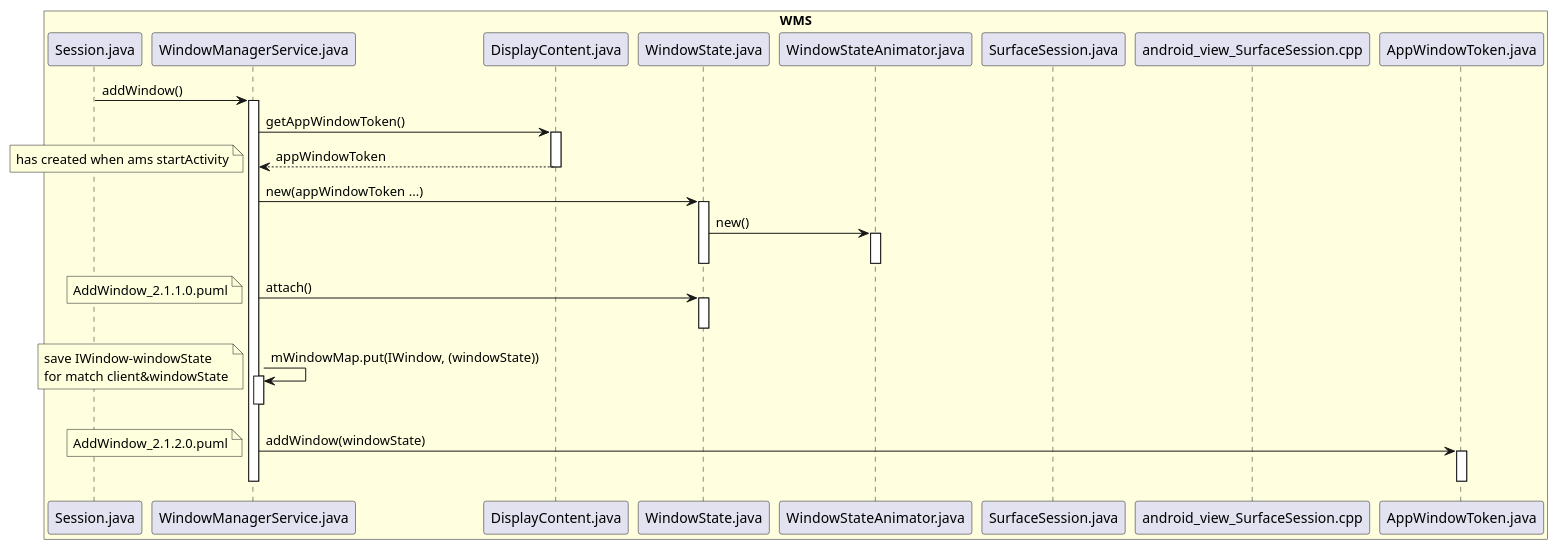
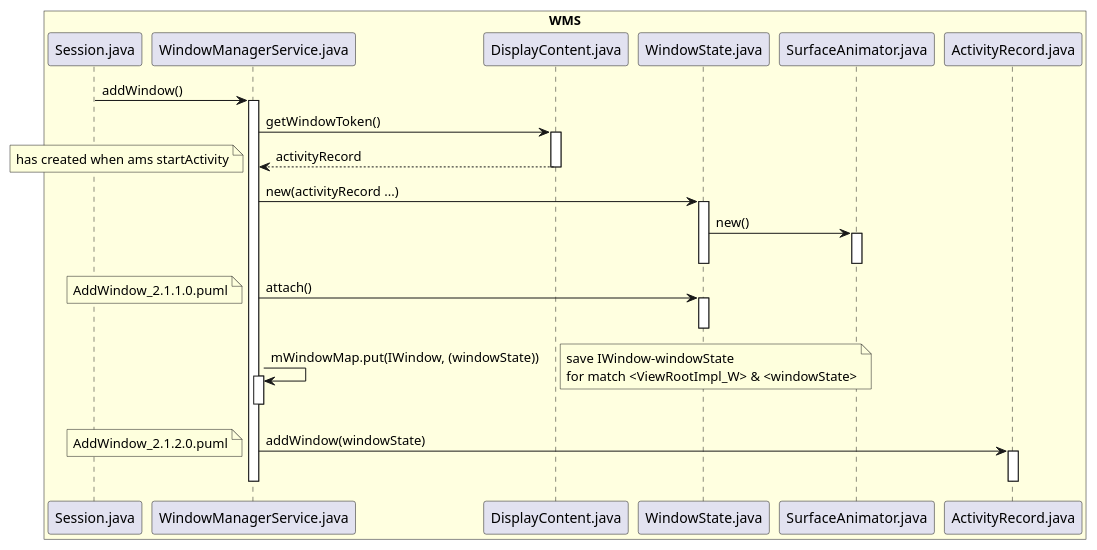
One commit to javalive09/UML changed the diagram in android11/addwindow/AddWindow_2.1.0.0_activitydialog.puml. Above: the diagram before and after it, drawn with PlantUML. The commit also changed 83 other files, not shown here.

Commit message:
update uml

```diff
--- a/android11/addwindow/AddWindow_2.1.0.0_activitydialog.puml
+++ b/android11/addwindow/AddWindow_2.1.0.0_activitydialog.puml
@@ -1,53 +1,51 @@
 @startuml
 
 box "WMS" #LightYellow
 participant Session.java
 participant WindowManagerService.java
 participant DisplayContent.java
 participant WindowState.java
-participant WindowStateAnimator.java
-participant SurfaceSession.java
-participant android_view_SurfaceSession.cpp
-participant AppWindowToken.java
+participant SurfaceAnimator.java
+participant ActivityRecord.java
 end box
 
 Session.java -> WindowManagerService.java: addWindow()
 activate WindowManagerService.java
 
-WindowManagerService.java -> DisplayContent.java: getAppWindowToken()
+WindowManagerService.java -> DisplayContent.java: getWindowToken()
 activate DisplayContent.java
-DisplayContent.java --> WindowManagerService.java: appWindowToken
+DisplayContent.java --> WindowManagerService.java: activityRecord
 deactivate DisplayContent.java
 note left: has created when ams startActivity
-WindowManagerService.java -> WindowState.java: new(appWindowToken ...)
+WindowManagerService.java -> WindowState.java: new(activityRecord ...)
 activate WindowState.java
-WindowState.java -> WindowStateAnimator.java: new()
-activate WindowStateAnimator.java
-deactivate WindowStateAnimator.java
+WindowState.java -> SurfaceAnimator.java: new()
+activate SurfaceAnimator.java
+deactivate SurfaceAnimator.java
 
 
 deactivate WindowState.java
 
 WindowManagerService.java -> WindowState.java: attach()
 activate WindowState.java
 deactivate WindowState.java
 note left:AddWindow_2.1.1.0.puml
 
 WindowManagerService.java -> WindowManagerService.java: mWindowMap.put(IWindow, (windowState))
 activate WindowManagerService.java
 deactivate WindowManagerService.java
-note left
+note right
 save IWindow-windowState
-for match client&windowState
+for match <ViewRootImpl_W> & <windowState>
 end note
 
 
-WindowManagerService.java -> AppWindowToken.java: addWindow(windowState)
-activate AppWindowToken.java
-deactivate AppWindowToken.java
+WindowManagerService.java -> ActivityRecord.java: addWindow(windowState)
+activate ActivityRecord.java
+deactivate ActivityRecord.java
 deactivate WindowManagerService.java
 note left:AddWindow_2.1.2.0.puml
 
 
 
 @enduml
```
